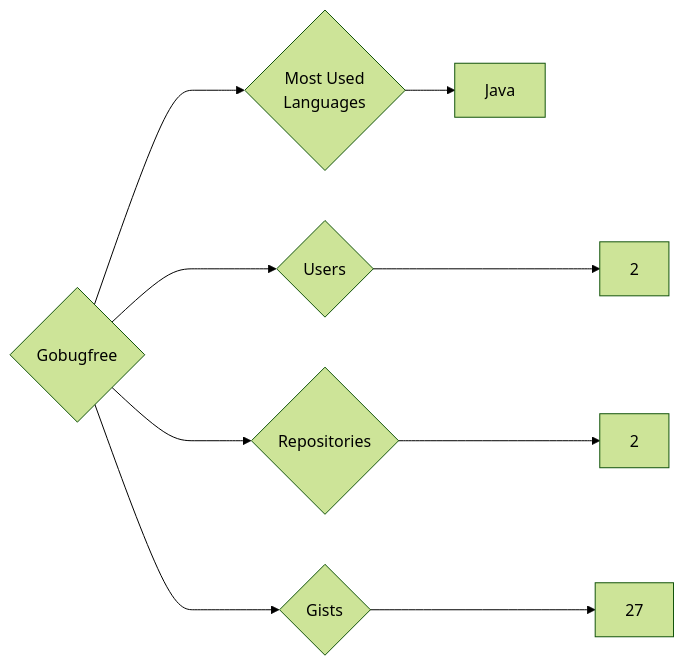
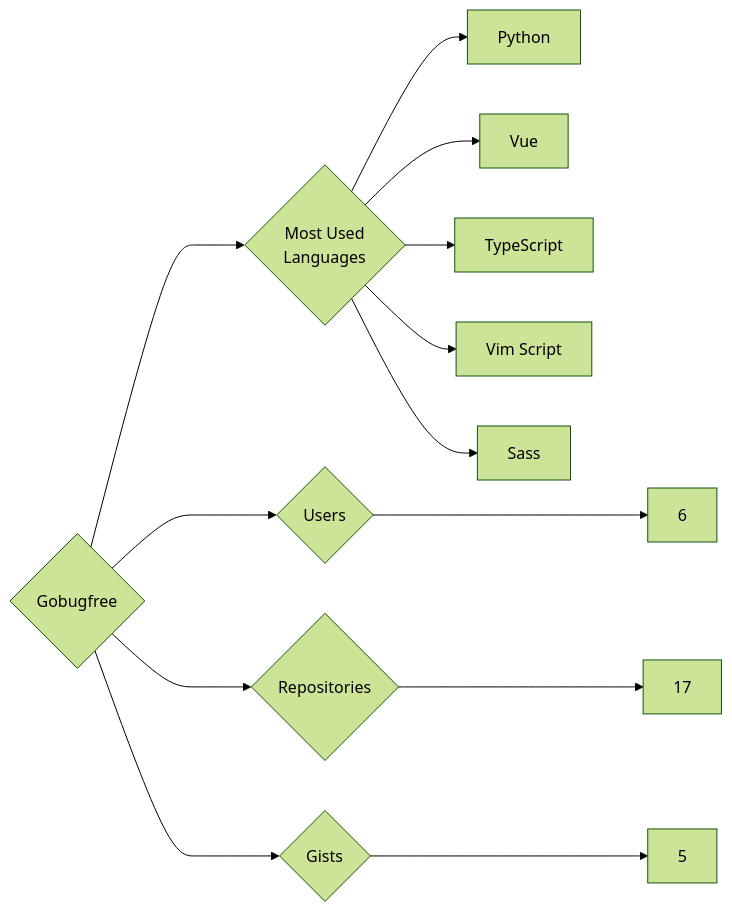
One commit to trickest/insiders changed the diagram in targets/Gobugfree/README.md. Above: the diagram before and after it, drawn with Mermaid (forest theme). The commit also changed 1166 other files, not shown here.

````diff
--- a/targets/Gobugfree/README.md
+++ b/targets/Gobugfree/README.md
@@ -3,9 +3,13 @@
 ```mermaid
 graph LR
 COMPANY_NAME{Gobugfree}
-COMPANY_NAME ---> U{Users} ---> UN[2]
-COMPANY_NAME ---> R{Repositories} ---> RN[2]
-COMPANY_NAME ---> G{Gists} ---> GN[27]
+COMPANY_NAME ---> U{Users} ---> UN[6]
+COMPANY_NAME ---> R{Repositories} ---> RN[17]
+COMPANY_NAME ---> G{Gists} ---> GN[5]
 COMPANY_NAME ---> ML{Most Used<br>Languages}
-ML --> Java[Java]
+ML --> Python[Python]
+ML --> Vue[Vue]
+ML --> TypeScript[TypeScript]
+ML --> Vim_Script[Vim Script]
+ML --> Sass[Sass]
 ```
````
